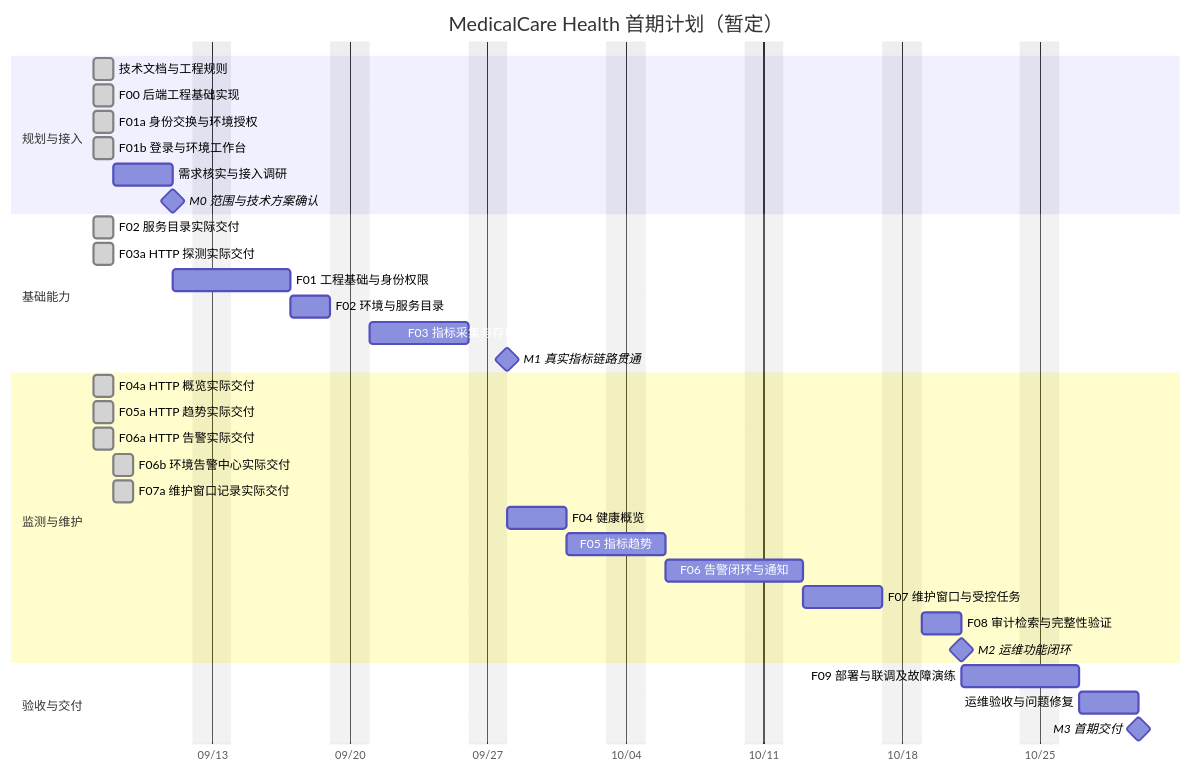
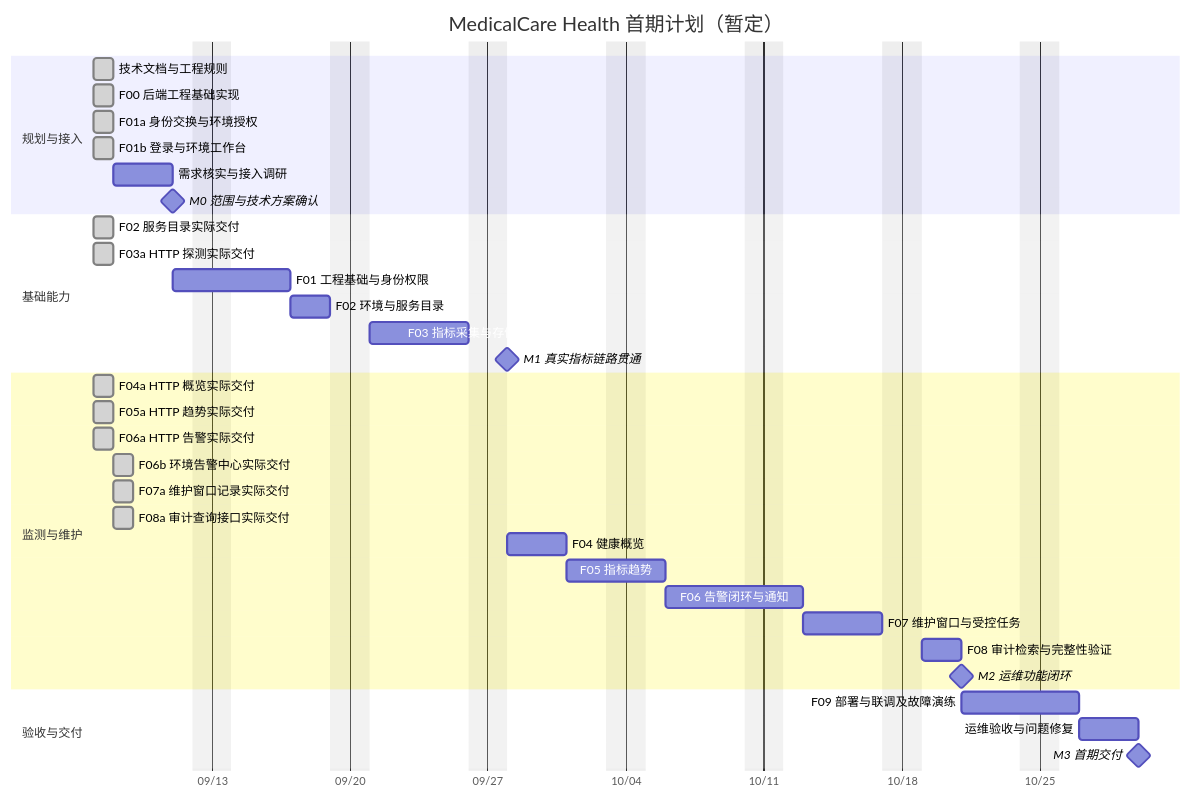
One commit to lafie-s/MedicalCare_Health changed the diagram in docs/project-plan.md. Above: the diagram before and after it, drawn with Mermaid. The commit also changed other lines of this file and 10 other files, not shown here.

````diff
--- a/docs/project-plan.md
+++ b/docs/project-plan.md
@@ -13,37 +13,38 @@
 ```mermaid
 gantt
     title MedicalCare Health 首期计划（暂定）
     dateFormat YYYY-MM-DD
     axisFormat %m/%d
     excludes weekends
     section 规划与接入
     技术文档与工程规则              :done, docs, 2026-09-07, 1d
     F00 后端工程基础实现           :done, f00, 2026-09-07, 1d
     F01a 身份交换与环境授权        :done, f01a, 2026-09-07, 1d
     F01b 登录与环境工作台          :done, f01b, 2026-09-07, 1d
     需求核实与接入调研              :a0, 2026-09-08, 3d
     M0 范围与技术方案确认           :milestone, m0, after a0, 0d
     section 基础能力
     F02 服务目录实际交付           :done, f02actual, 2026-09-07, 1d
     F03a HTTP 探测实际交付         :done, f03actual, 2026-09-07, 1d
     F01 工程基础与身份权限          :a1, after m0, 4d
     F02 环境与服务目录              :a2, after a1, 2d
     F03 指标采集与存储接入          :a3, after a2, 5d
     M1 真实指标链路贯通             :milestone, m1, after a3, 0d
     section 监测与维护
     F04a HTTP 概览实际交付         :done, f04actual, 2026-09-07, 1d
     F05a HTTP 趋势实际交付         :done, f05actual, 2026-09-07, 1d
     F06a HTTP 告警实际交付         :done, f06actual, 2026-09-07, 1d
     F06b 环境告警中心实际交付     :done, f06bactual, 2026-09-08, 1d
     F07a 维护窗口记录实际交付     :done, f07aactual, 2026-09-08, 1d
+    F08a 审计查询接口实际交付     :done, f08aactual, 2026-09-08, 1d
     F04 健康概览                   :a4, after m1, 3d
     F05 指标趋势                   :a5, after a4, 3d
     F06 告警闭环与通知              :a6, after a5, 5d
     F07 维护窗口与受控任务          :a7, after a6, 4d
     F08 审计检索与完整性验证        :a8, after a7, 2d
     M2 运维功能闭环                :milestone, m2, after a8, 0d
     section 验收与交付
     F09 部署与联调及故障演练        :a9, after m2, 4d
     运维验收与问题修复              :a10, after a9, 3d
     M3 首期交付                    :milestone, m3, after a10, 0d
 ```
````
